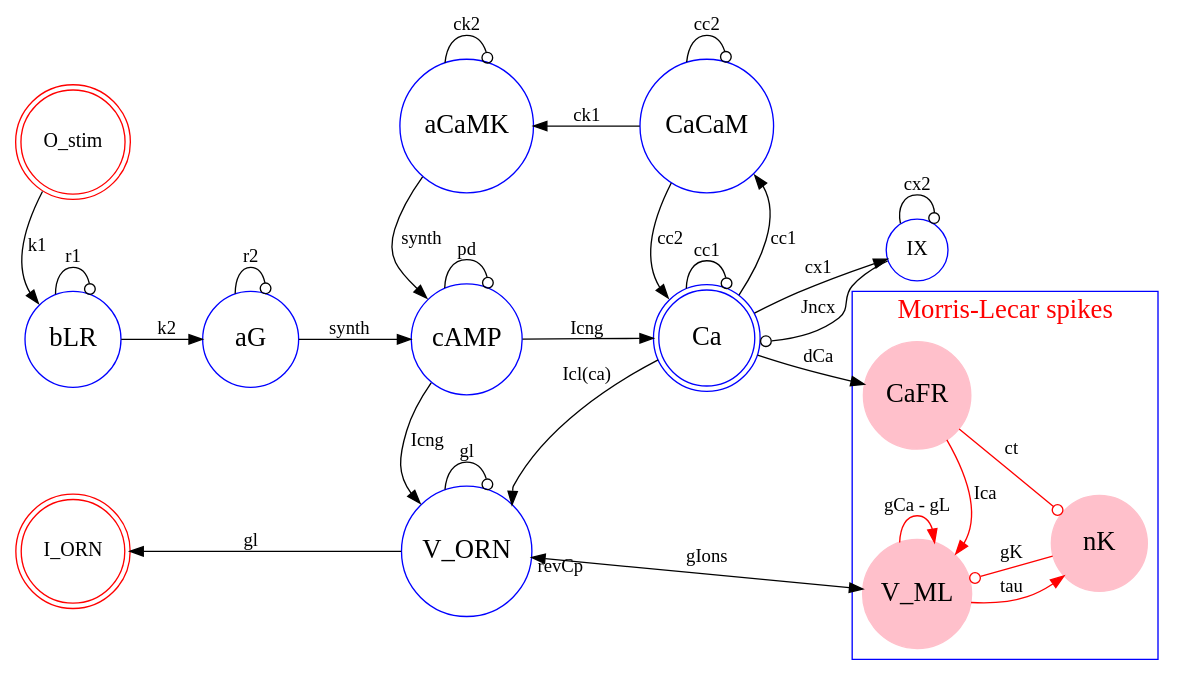
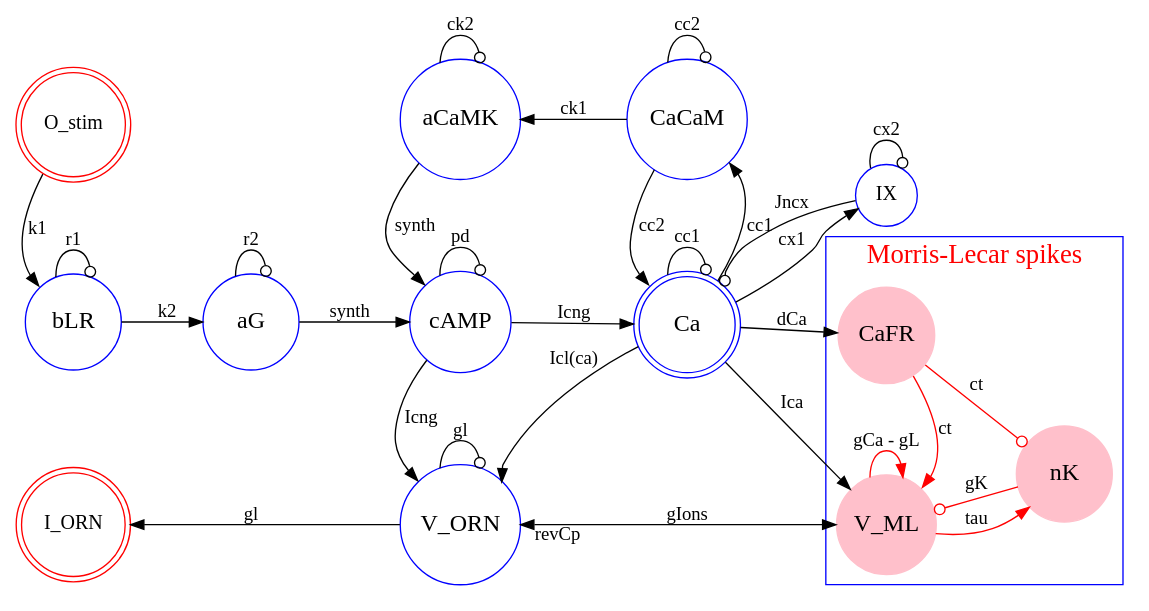
Before and after one commit to ShivanshDave/Spiking_ORN: the diagram in Report/spiking_ORN_model.gv, drawn with Graphviz. The commit also changed 1 other file, not shown here.

Commit message:
All equations and model

```diff
--- a/Report/spiking_ORN_model.gv
+++ b/Report/spiking_ORN_model.gv
@@ -1,57 +1,58 @@
 digraph spiking_ORN {
 	rankdir=LR;
 	node [shape = doublecircle, color=red, width=0.7,fontsize=15]; O_stim, I_ORN;
-	node [shape = doublecircle, color=blue, width=1,fontsize=20]; Ca;
+	node [shape = doublecircle, color=blue, width=1,fontsize=18]; Ca;
 	node [shape = circle, color=blue, width=0, fontsize=15]; IX;
-	node [shape = circle, color=blue, width=1,fontsize=20,style=unfilled];
+	node [shape = circle, color=blue, width=1,fontsize=18,style=unfilled];
 	edge [color=black];
 	
 
 	subgraph clusterB {
 		node [style=filled, color=pink];
 		edge [color=red];
 		label = "Morris-Lecar spikes";
 		fontsize = 20;
 		fontcolor=red;
 		color=blue;
 		nK -> V_ML[label = gK, arrowhead=odot];
+		CaFR -> V_ML [arrowhead="odot",label = "ct",headport="ne"];
+		CaFR -> nK [label = "ct", arrowhead=odot];
+		V_ML -> nK [label = "tau"];
 		V_ML -> V_ML [label = "gCa - gL"];
-		CaFR -> V_ML [label = "Ica",headport=ne];
-		CaFR -> nK [label = "ct" , arrowhead=odot];
-		V_ML -> nK [label = "tau"];
 		{rank = max nK}
 		{rank = same CaFR V_ML}
     }
 
 	O_stim -> bLR [label = k1, headport=nw];
 	bLR -> bLR [label = r1, arrowhead=odot];
 	bLR -> aG [label = k2];
 	aG -> aG [label = r2, arrowhead=odot];
 	aG -> cAMP [label = synth];
 	aCaMK -> cAMP [label = synth, arrowhead=odot,headport=nw];
 	cAMP -> cAMP [label = pd, arrowhead=odot];
 	CaCaM -> aCaMK [label = ck1];
 	aCaMK -> aCaMK [label = ck2, arrowhead=odot];
 	CaCaM -> CaCaM [label = cc2, arrowhead=odot];
 	Ca -> CaCaM [label = cc1, headport=se];	
 	Ca -> Ca [label = cc1, arrowhead=odot];	
 	CaCaM -> Ca [label = cc2, headport=nw];
 
 	Ca -> IX [label = cx1];
 	IX -> IX [label = cx2, arrowhead=odot];
-	IX -> Ca [label = Jncx, arrowhead=odot];
+	IX -> Ca [label = Jncx, arrowhead=odot,headport=ne];
 
 	cAMP -> Ca [label = Icng];
 	cAMP -> V_ORN [label = Icng, headport=nw];
 	V_ORN -> V_ORN [label = gl, arrowhead=odot];
 	Ca -> V_ORN [label="Icl(ca)", headport=ne];
 	V_ORN -> I_ORN [label = gl];
 	Ca -> CaFR [label = "dCa"];
-	V_ORN -> V_ML [dir=both, label=gIons, taillabel="revCp"];
+	V_ORN -> V_ML [dir=both, label=gIons, taillabel="  revCp"];
+	Ca -> V_ML [label = "Ica"];
 
 	{rank = min bLR O_stim I_ORN}
 	{rank = same cAMP aCaMK V_ORN}
 	{rank = same Ca CaCaM}
 }
 
-// dot -Tpng -Gdpi=300 model.gv -o model.png
+// dot -Tpng -Gdpi=300 spiking_ORN_model.gv -o .\figs\model.png
```
